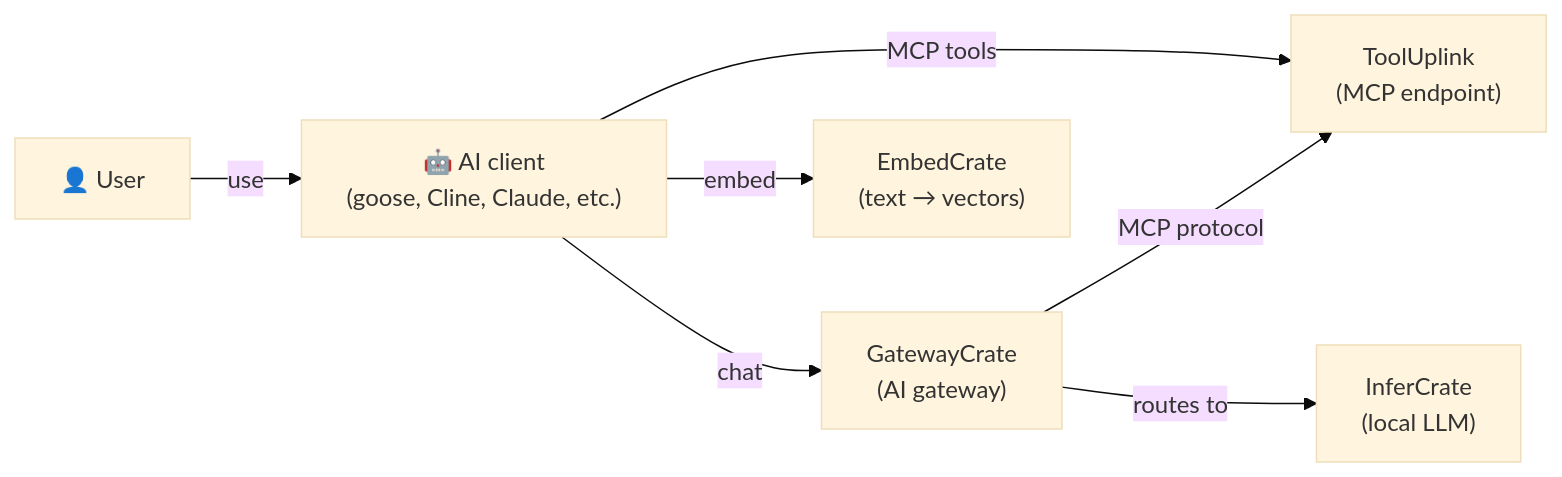
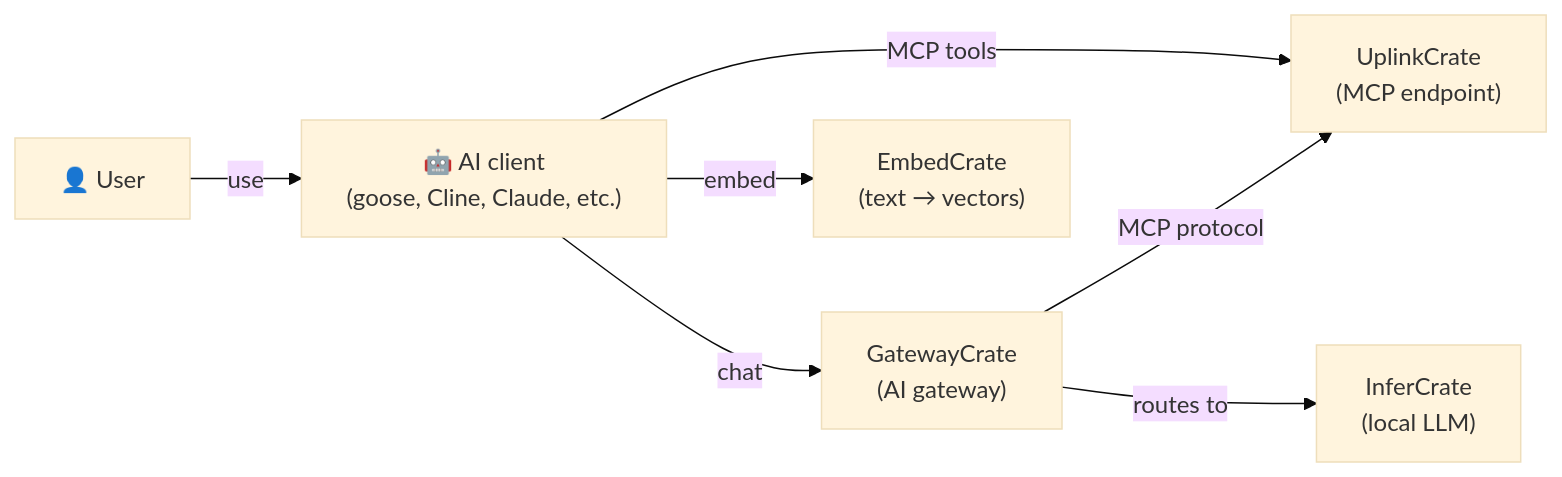
The diagram in stacks/code-assistant/README.md (hwdsl2/self-hosted-ai-stack), drawn with Mermaid (base theme) before and after one commit. The commit also changed other lines of this file and 22 other files, not shown here.

````diff
--- a/stacks/code-assistant/README.md
+++ b/stacks/code-assistant/README.md
@@ -17,9 +17,9 @@
 ```mermaid
 graph LR
     U["👤 User"] -->|use| C["🤖 AI client<br/>(goose, Cline, Claude, etc.)"]
-    C -->|MCP tools| M["ToolUplink<br/>(MCP endpoint)"]
+    C -->|MCP tools| M["UplinkCrate<br/>(MCP endpoint)"]
     C -->|chat| L["GatewayCrate<br/>(AI gateway)"]
     L -->|routes to| O["InferCrate<br/>(local LLM)"]
     L -->|MCP protocol| M
     C -->|embed| E["EmbedCrate<br/>(text → vectors)"]
 ```
````
